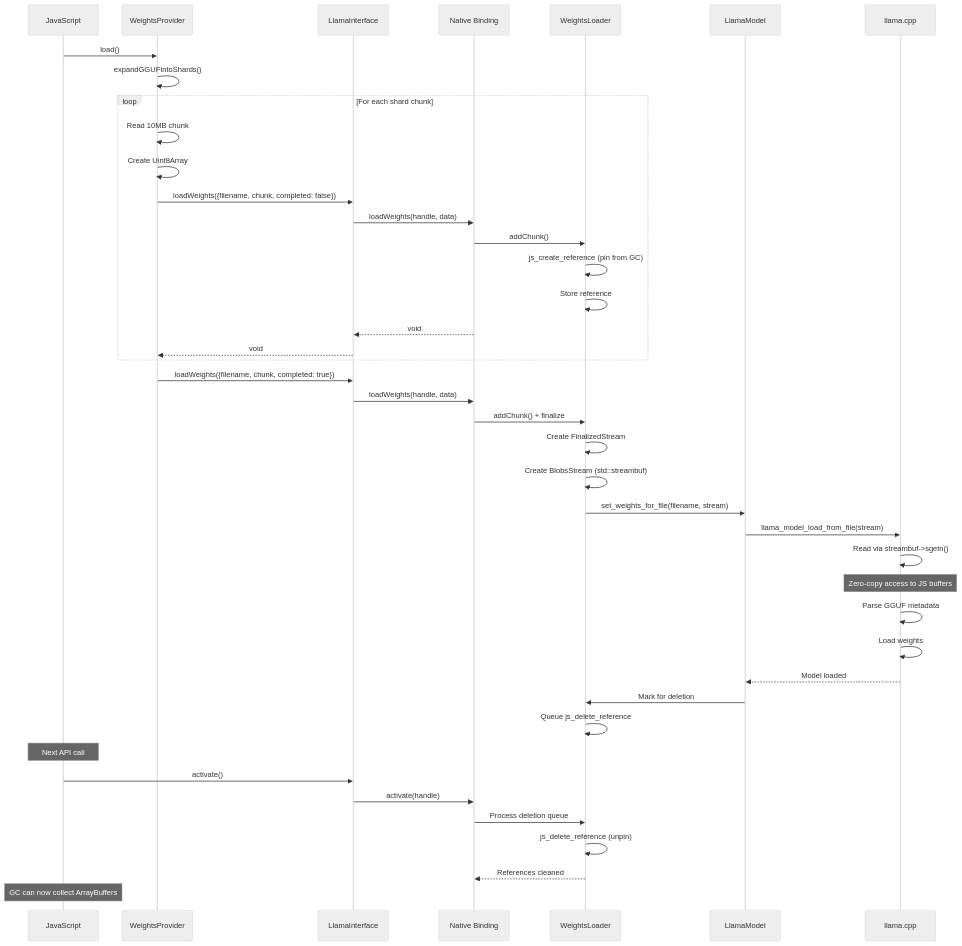
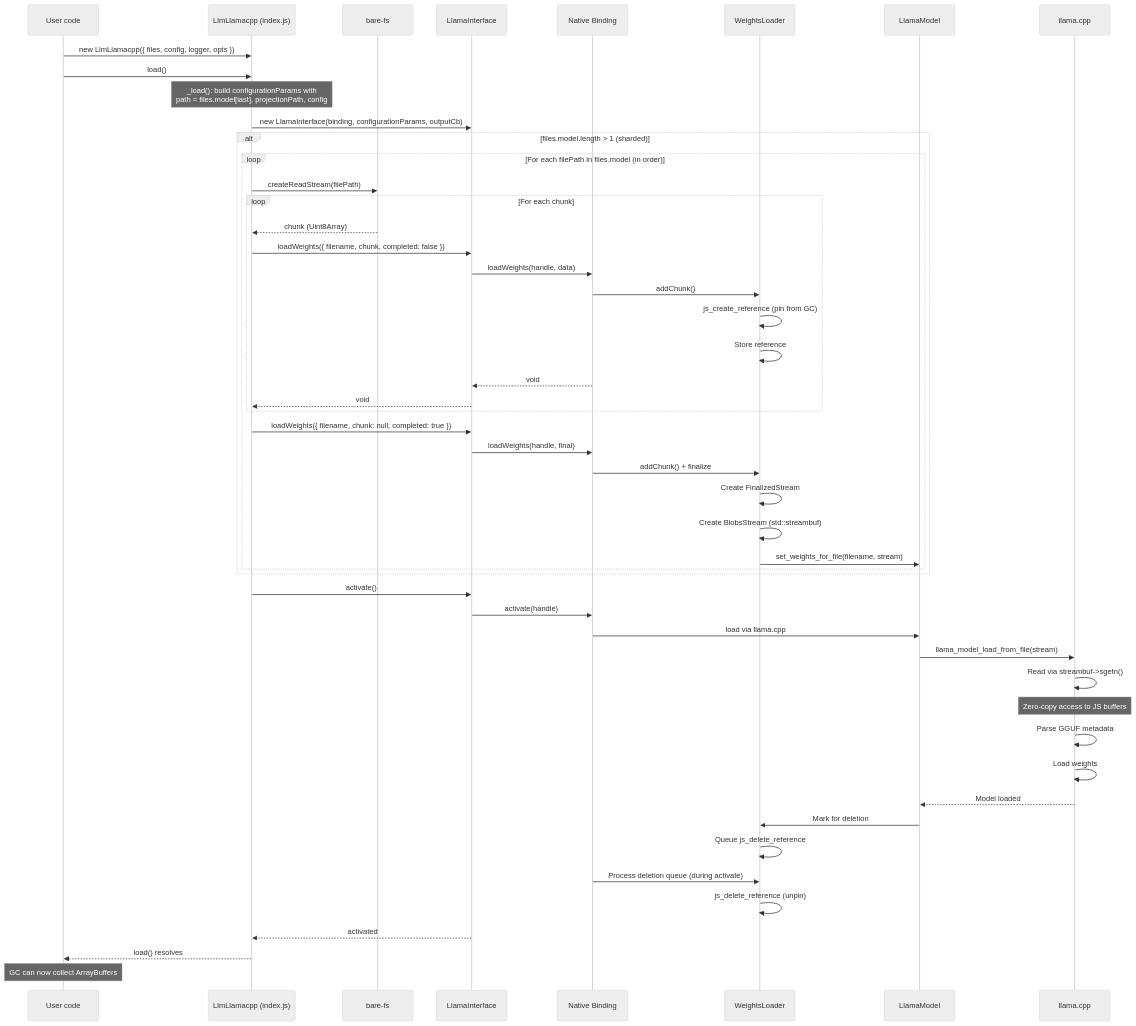
The second of 6 diagrams in packages/qvac-lib-infer-llamacpp-llm/docs/data-flows-detailed.md (donriddo/qvac), drawn with Mermaid (neutral theme) before and after one commit. The commit also changed other lines of this file and 3 other files, not shown here.

Commit message:
docs: update LLM architecture, data-flows, finetuning, README sharded contract

````diff
--- a/packages/qvac-lib-infer-llamacpp-llm/docs/data-flows-detailed.md
+++ b/packages/qvac-lib-infer-llamacpp-llm/docs/data-flows-detailed.md
@@ -195,51 +198,60 @@
 ```mermaid
 sequenceDiagram
-    participant JS as JavaScript
-    participant WP as WeightsProvider
+    participant User as User code
+    participant LLM as LlmLlamacpp (index.js)
+    participant FS as bare-fs
     participant IF as LlamaInterface
     participant Bind as Native Binding
     participant WL as WeightsLoader
     participant Model as LlamaModel
     participant LC as llama.cpp
-    
-    JS->>WP: load()
-    WP->>WP: expandGGUFIntoShards()
-    
-    loop For each shard chunk
-        WP->>WP: Read 10MB chunk
-        WP->>WP: Create Uint8Array
-        WP->>IF: loadWeights({filename, chunk, completed: false})
-        IF->>Bind: loadWeights(handle, data)
-        Bind->>WL: addChunk()
-        WL->>WL: js_create_reference (pin from GC)
-        WL->>WL: Store reference
-        Bind-->>IF: void
-        IF-->>WP: void
+
+    User->>LLM: new LlmLlamacpp({ files, config, logger, opts })
+    User->>LLM: load()
+
+    Note over LLM: _load(): build configurationParams with<br/>path = files.model[last], projectionPath, config
+    LLM->>IF: new LlamaInterface(binding, configurationParams, outputCb)
+
+    alt files.model.length > 1 (sharded)
+        loop For each filePath in files.model (in order)
+            LLM->>FS: createReadStream(filePath)
+            loop For each chunk
+                FS-->>LLM: chunk (Uint8Array)
+                LLM->>IF: loadWeights({ filename, chunk, completed: false })
+                IF->>Bind: loadWeights(handle, data)
+                Bind->>WL: addChunk()
+                WL->>WL: js_create_reference (pin from GC)
+                WL->>WL: Store reference
+                Bind-->>IF: void
+                IF-->>LLM: void
+            end
+            LLM->>IF: loadWeights({ filename, chunk: null, completed: true })
+            IF->>Bind: loadWeights(handle, final)
+            Bind->>WL: addChunk() + finalize
+            WL->>WL: Create FinalizedStream
+            WL->>WL: Create BlobsStream (std::streambuf)
+            WL->>Model: set_weights_for_file(filename, stream)
+        end
     end
-    
-    WP->>IF: loadWeights({filename, chunk, completed: true})
-    IF->>Bind: loadWeights(handle, data)
-    Bind->>WL: addChunk() + finalize
-    WL->>WL: Create FinalizedStream
-    WL->>WL: Create BlobsStream (std::streambuf)
-    WL->>Model: set_weights_for_file(filename, stream)
+
+    LLM->>IF: activate()
+    IF->>Bind: activate(handle)
+    Bind->>Model: load via llama.cpp
     Model->>LC: llama_model_load_from_file(stream)
-    
+
     LC->>LC: Read via streambuf->sgetn()
     Note over LC: Zero-copy access to JS buffers
     LC->>LC: Parse GGUF metadata
     LC->>LC: Load weights
     LC-->>Model: Model loaded
-    
+
     Model->>WL: Mark for deletion
     WL->>WL: Queue js_delete_reference
-    
-    Note over JS: Next API call
-    JS->>IF: activate()
-    IF->>Bind: activate(handle)
-    Bind->>WL: Process deletion queue
+    Bind->>WL: Process deletion queue (during activate)
     WL->>WL: js_delete_reference (unpin)
-    WL-->>Bind: References cleaned
-    
-    Note over JS: GC can now collect ArrayBuffers
+
+    IF-->>LLM: activated
+    LLM-->>User: load() resolves
+
+    Note over User: GC can now collect ArrayBuffers
 ```
````
